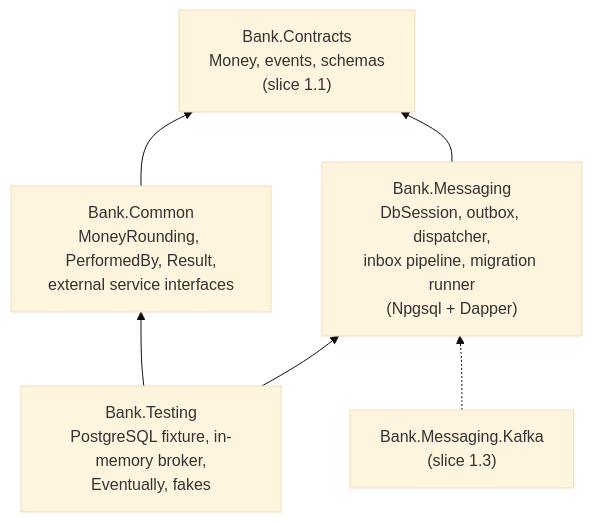
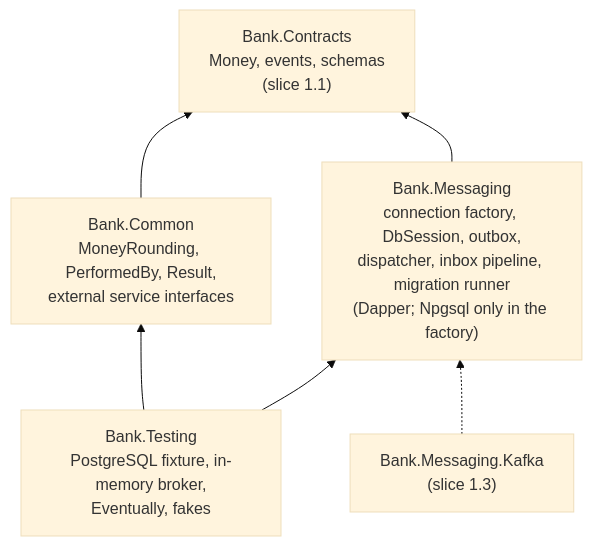
Before and after one commit to majid-sharif-soleimani/banking_demo: the second of 7 diagrams in docs/learning/stage-1/slice-1.2.md, drawn with Mermaid (base theme). The commit also changed other lines of this file and 21 other files, not shown here.

First line of the commit message:
refactor(messaging): depend on IDbConnection through a connection factory

````diff
--- a/docs/learning/stage-1/slice-1.2.md
+++ b/docs/learning/stage-1/slice-1.2.md
@@ -81,12 +82,12 @@
 ```mermaid
 flowchart BT
     C["Bank.Contracts<br/>Money, events, schemas<br/>(slice 1.1)"]
     CO["Bank.Common<br/>MoneyRounding, PerformedBy, Result,<br/>external service interfaces"]
-    M["Bank.Messaging<br/>DbSession, outbox, dispatcher,<br/>inbox pipeline, migration runner<br/>(Npgsql + Dapper)"]
+    M["Bank.Messaging<br/>connection factory, DbSession, outbox,<br/>dispatcher, inbox pipeline, migration runner<br/>(Dapper; Npgsql only in the factory)"]
     T["Bank.Testing<br/>PostgreSQL fixture, in-memory broker,<br/>Eventually, fakes"]
     CO --> C
     M --> C
     T --> CO
     T --> M
     K["Bank.Messaging.Kafka<br/>(slice 1.3)"] -.-> M
 ```
````
